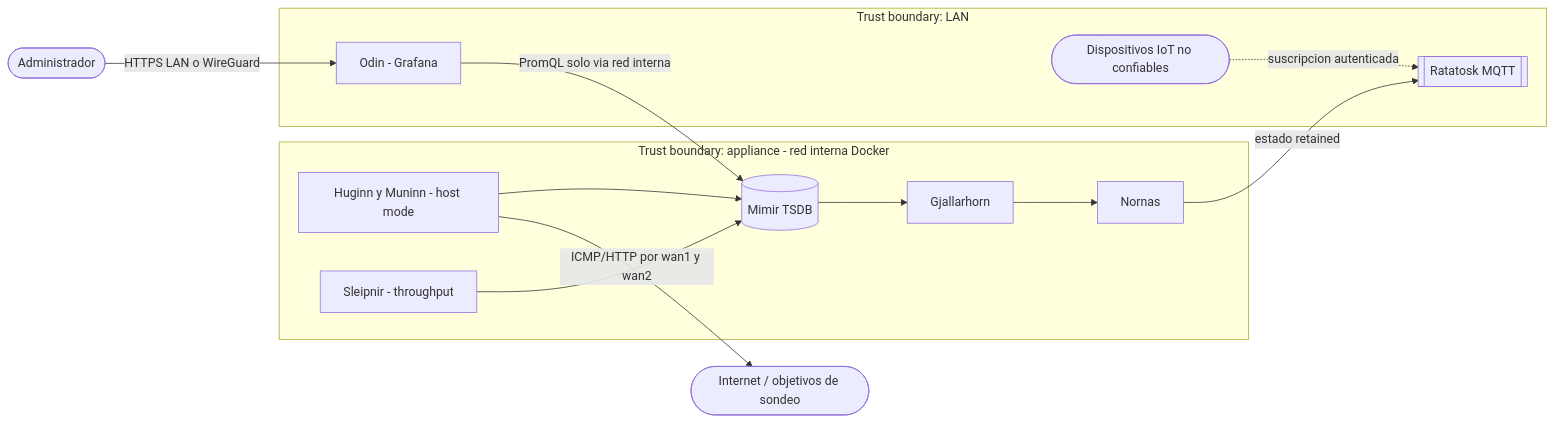
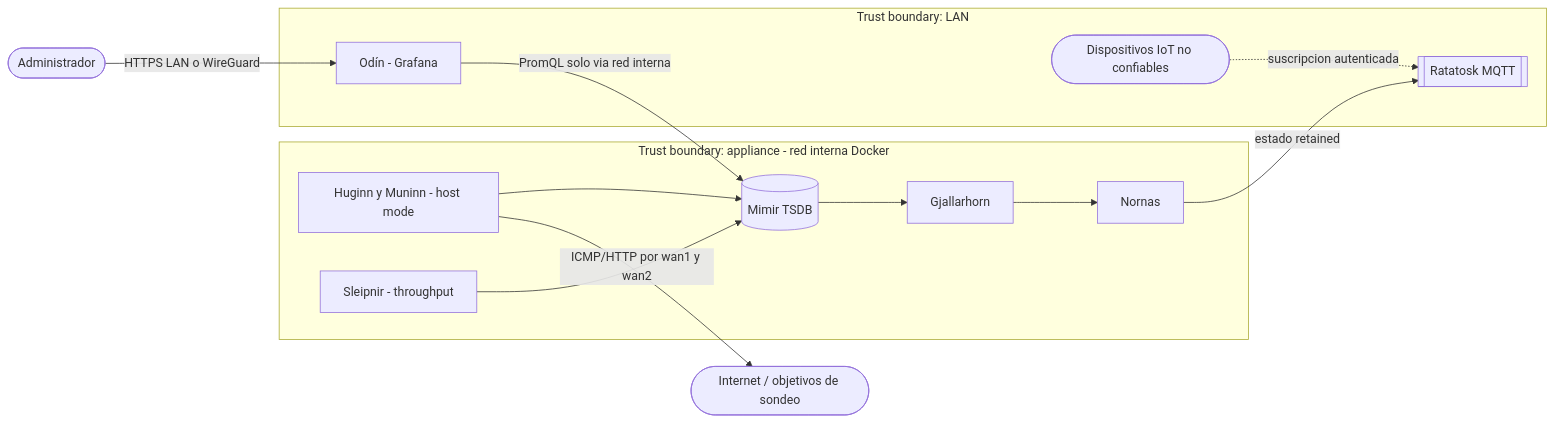
One commit to higerotech/yggdrasil changed the first of 2 diagrams in docs/02-design/threat-model.md. Above: the diagram before and after it, drawn with Mermaid. The commit also changed 3 other files, not shown here.

First line of the commit message:
docs(diagramas): completa la trazabilidad y alinea ids y nombres con naming.md

````diff
--- a/docs/02-design/threat-model.md
+++ b/docs/02-design/threat-model.md
@@ -14,20 +14,20 @@
 ```mermaid
 flowchart LR
     INET([Internet / objetivos de sondeo])
     subgraph TBH [Trust boundary: appliance - red interna Docker]
       BB[Huginn y Muninn - host mode] --> PROM[(Mimir TSDB)]
       SPD[Sleipnir - throughput] --> PROM
       PROM --> AM[Gjallarhorn]
       AM --> NR[Nornas]
     end
     subgraph TBL [Trust boundary: LAN]
-      GF[Odin - Grafana]
+      GF[Odín - Grafana]
       MQ[[Ratatosk MQTT]]
       IOT([Dispositivos IoT no confiables])
     end
     BB -->|ICMP/HTTP por wan1 y wan2| INET
     GF -->|PromQL solo via red interna| PROM
     NR -->|estado retained| MQ
     IOT -.->|suscripcion autenticada| MQ
     ADM([Administrador]) -->|HTTPS LAN o WireGuard| GF
 ```
````
